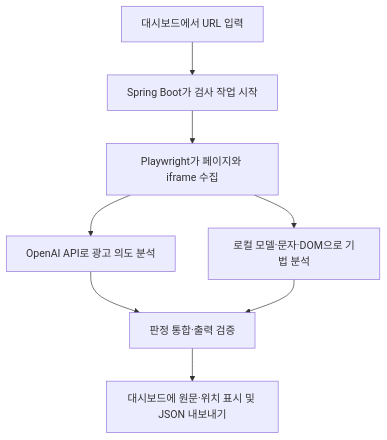
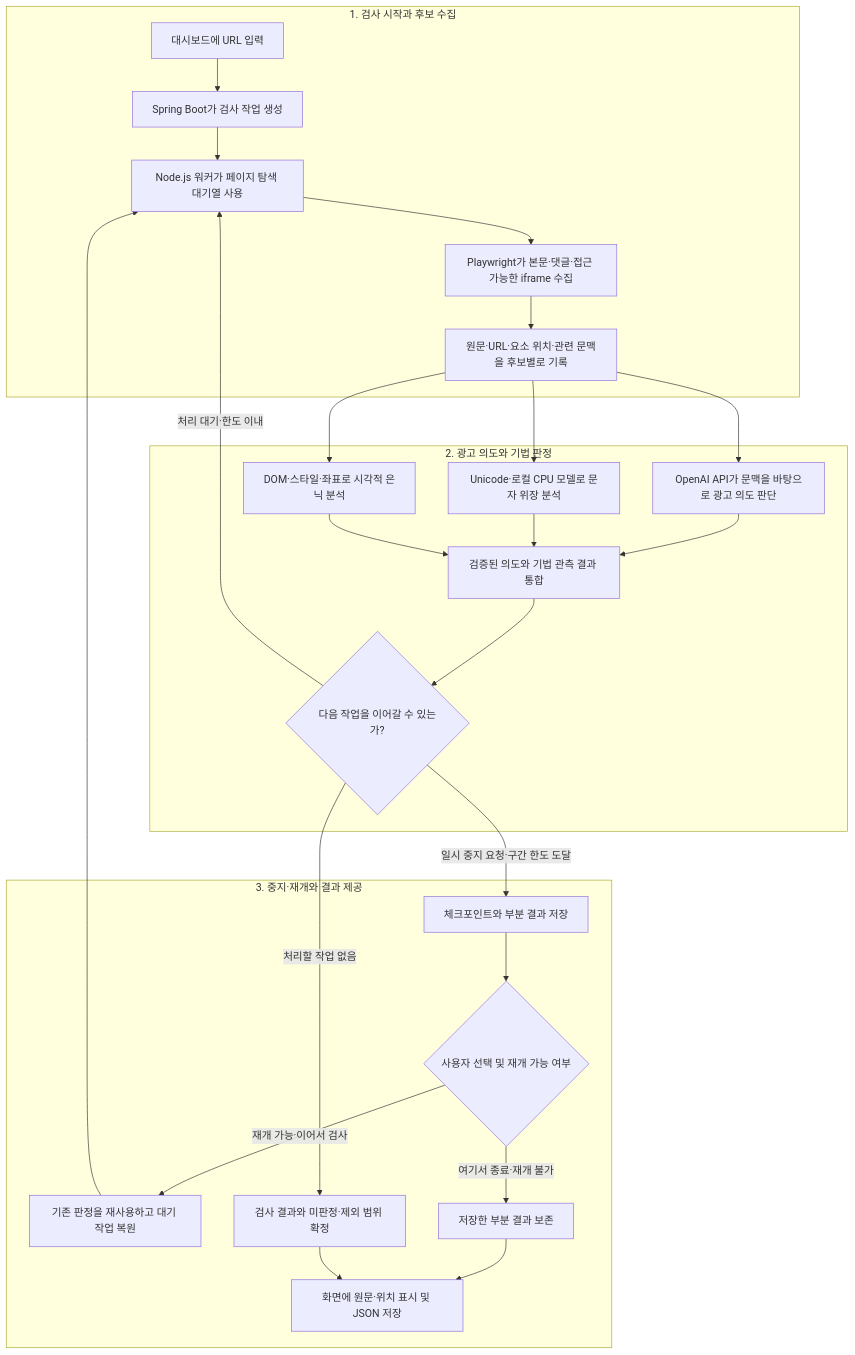
The diagram in README.md (Hyunhoim/Bareun-Nuri), drawn with Mermaid before and after one commit. The commit also changed other lines of this file, not shown here.

Commit message:
docs: expand architecture into detailed feature flow

````diff
--- a/README.md
+++ b/README.md
@@ -23,10 +23,31 @@
 ```mermaid
 flowchart TD
-    U["대시보드에서 URL 입력"] --> J["Spring Boot가 검사 작업 시작"]
-    J --> P["Playwright가 페이지와 iframe 수집"]
-    P --> L["OpenAI API로 광고 의도 분석"]
-    P --> T["로컬 모델·문자·DOM으로 기법 분석"]
-    L --> M["판정 통합·출력 검증"]
-    T --> M
-    M --> O["대시보드에 원문·위치 표시 및 JSON 내보내기"]
+    subgraph COLLECT["1. 검사 시작과 후보 수집"]
+      A["대시보드에 URL 입력"] --> B["Spring Boot가 검사 작업 생성"]
+      B --> C["Node.js 워커가 페이지 탐색 대기열 사용"]
+      C --> D["Playwright가 본문·댓글·접근 가능한 iframe 수집"]
+      D --> E["원문·URL·요소 위치·관련 문맥을 후보별로 기록"]
+    end
+
+    subgraph CLASSIFY["2. 광고 의도와 기법 판정"]
+      E --> F["OpenAI API가 문맥을 바탕으로 광고 의도 판단"]
+      E --> G["Unicode·로컬 CPU 모델로 문자 위장 분석"]
+      E --> H["DOM·스타일·좌표로 시각적 은닉 분석"]
+      F --> I["검증된 의도와 기법 관측 결과 통합"]
+      G --> I
+      H --> I
+      I --> J{"다음 작업을 이어갈 수 있는가?"}
+      J -->|"처리 대기·한도 이내"| C
+    end
+
+    subgraph RESULT["3. 중지·재개와 결과 제공"]
+      J -->|"일시 중지 요청·구간 한도 도달"| K["체크포인트와 부분 결과 저장"]
+      K --> L{"사용자 선택 및 재개 가능 여부"}
+      L -->|"재개 가능·이어서 검사"| M["기존 판정을 재사용하고 대기 작업 복원"]
+      M --> C
+      L -->|"여기서 종료·재개 불가"| N["저장한 부분 결과 보존"]
+      J -->|"처리할 작업 없음"| O["검사 결과와 미판정·제외 범위 확정"]
+      N --> P["화면에 원문·위치 표시 및 JSON 저장"]
+      O --> P
+    end
 ```
````
